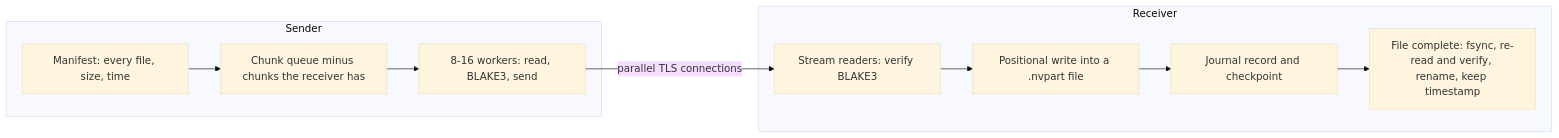
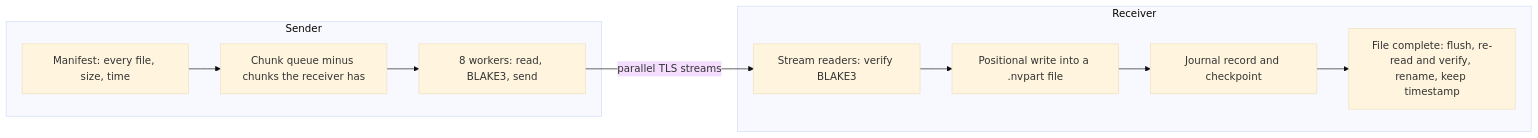
Before and after one commit to vishalpa8/Nearvolt: the third of 3 diagrams in docs/architecture.md, drawn with Mermaid (base theme). The commit also changed other lines of this file and 5 other files, not shown here.

````diff
--- a/docs/architecture.md
+++ b/docs/architecture.md
@@ -116,13 +89,13 @@
 ```mermaid
 flowchart LR
     subgraph Sender
         M["Manifest: every file, size, time"] --> Q["Chunk queue minus chunks the receiver has"]
-        Q --> W["8-16 workers: read, BLAKE3, send"]
+        Q --> W["8 workers: read, BLAKE3, send"]
     end
-    W -->|"parallel TLS connections"| R
+    W -->|"parallel TLS streams"| R
     subgraph Receiver
         R["Stream readers: verify BLAKE3"] --> D["Positional write into a .nvpart file"]
         D --> J["Journal record and checkpoint"]
-        J --> F["File complete: fsync, re-read and verify, rename, keep timestamp"]
+        J --> F["File complete: flush, re-read and verify, rename, keep timestamp"]
     end
 ```
````
